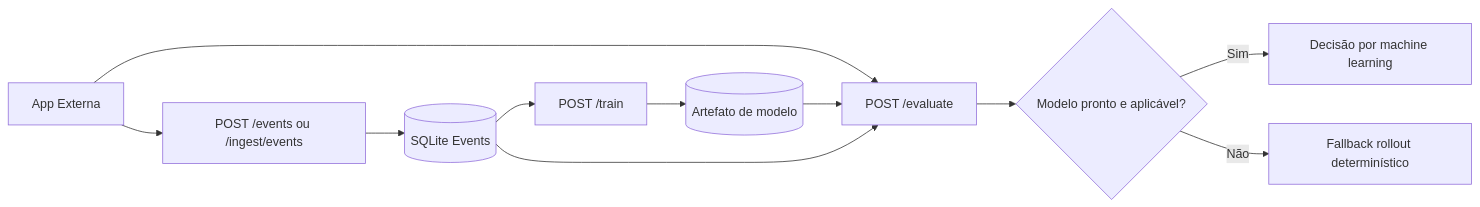
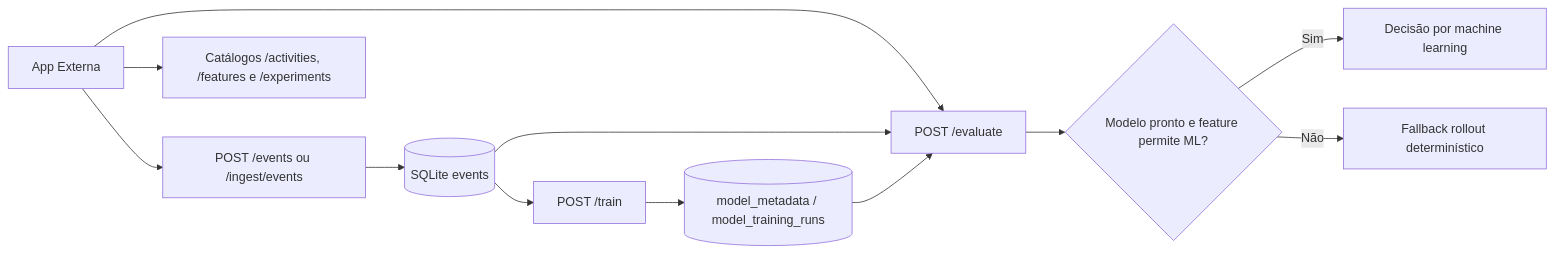
Before and after one commit to MariaCarolinass/adaptive-feature-flags: the diagram in docs/architecture/system-overview.md, drawn with Mermaid. The commit also changed other lines of this file and 2 other files, not shown here.

Commit message:
Refactor database schema and evaluation decision flow documentation for clarity; update terminology and enhance descriptions of components and processes.

````diff
--- a/docs/architecture/system-overview.md
+++ b/docs/architecture/system-overview.md
@@ -29,13 +33,14 @@
 ```mermaid
 flowchart LR
     A[App Externa] --> B[POST /events ou /ingest/events]
-    B --> C[(SQLite Events)]
-    C --> D[POST /train]
-    D --> E[(Artefato de modelo)]
-    A --> F[POST /evaluate]
-    E --> F
-    C --> F
-    F --> G{Modelo pronto e aplicável?}
-    G -- Sim --> H[Decisão por machine learning]
-    G -- Não --> I[Fallback rollout determinístico]
+    A --> C[Catálogos /activities, /features e /experiments]
+    B --> D[(SQLite events)]
+    D --> E[POST /train]
+    E --> F[(model_metadata / model_training_runs)]
+    A --> G[POST /evaluate]
+    D --> G
+    F --> G
+    G --> H{Modelo pronto e feature permite ML?}
+    H -- Sim --> I[Decisão por machine learning]
+    H -- Não --> J[Fallback rollout determinístico]
 ```
````
